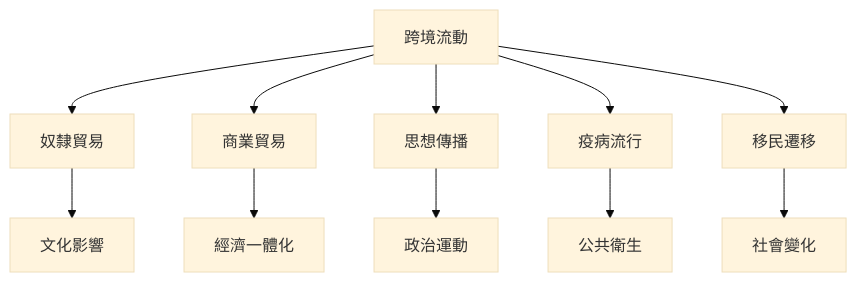
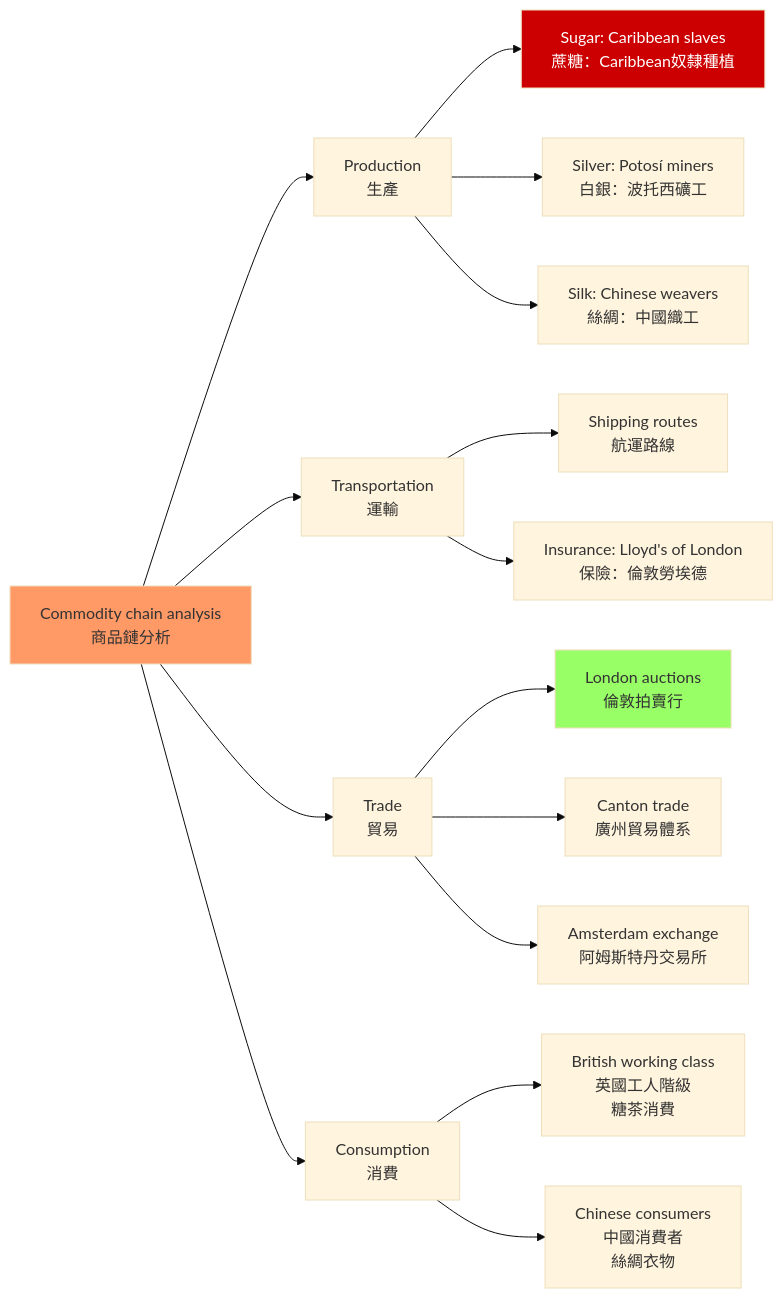
One commit to yip-lgtm/HKU-Harvard-History-Self-Study changed the third of 5 diagrams in 01_HKU_Courses/HIST2233_Globalizing_History.md. Above: the diagram before and after it, drawn with Mermaid (base theme). The commit also changed other lines of this file and 8 other files, not shown here.

````diff
--- a/01_HKU_Courses/HIST2233_Globalizing_History.md
+++ b/01_HKU_Courses/HIST2233_Globalizing_History.md
@@ -355,13 +186,25 @@
 ```mermaid
-flowchart TD
-    A[跨境流動] --> B[奴隸貿易]
-    A --> C[商業貿易]
-    A --> D[思想傳播]
-    A --> E[疫病流行]
-    A --> F[移民遷移]
-    B --> G[文化影響]
-    C --> H[經濟一體化]
-    D --> I[政治運動]
-    E --> J[公共衛生]
-    F --> K[社會變化]
+graph LR
+    A[Commodity chain analysis<br/>商品鏈分析] --> B[Production<br/>生產]
+    A --> C[Transportation<br/>運輸]
+    A --> D[Trade<br/>貿易]
+    A --> E[Consumption<br/>消費]
+    
+    B --> B1[Sugar: Caribbean slaves<br/>蔗糖：Caribbean奴隸種植]
+    B --> B2[Silver: Potosí miners<br/>白銀：波托西礦工]
+    B --> B3[Silk: Chinese weavers<br/>絲綢：中國織工]
+    
+    C --> C1[Shipping routes<br/>航運路線]
+    C --> C2[Insurance: Lloyd's of London<br/>保險：倫敦勞埃德]
+    
+    D --> D1[London auctions<br/>倫敦拍賣行]
+    D --> D2[Canton trade<br/>廣州貿易體系]
+    D --> D3[Amsterdam exchange<br/>阿姆斯特丹交易所]
+    
+    E --> E1[British working class<br/>英國工人階級<br/>糖茶消費]
+    E --> E2[Chinese consumers<br/>中國消費者<br/>絲綢衣物]
+    
+    style A fill:#f96
+    style B1 fill:#c00,color:#fff
+    style D1 fill:#9f6
 ```
````
